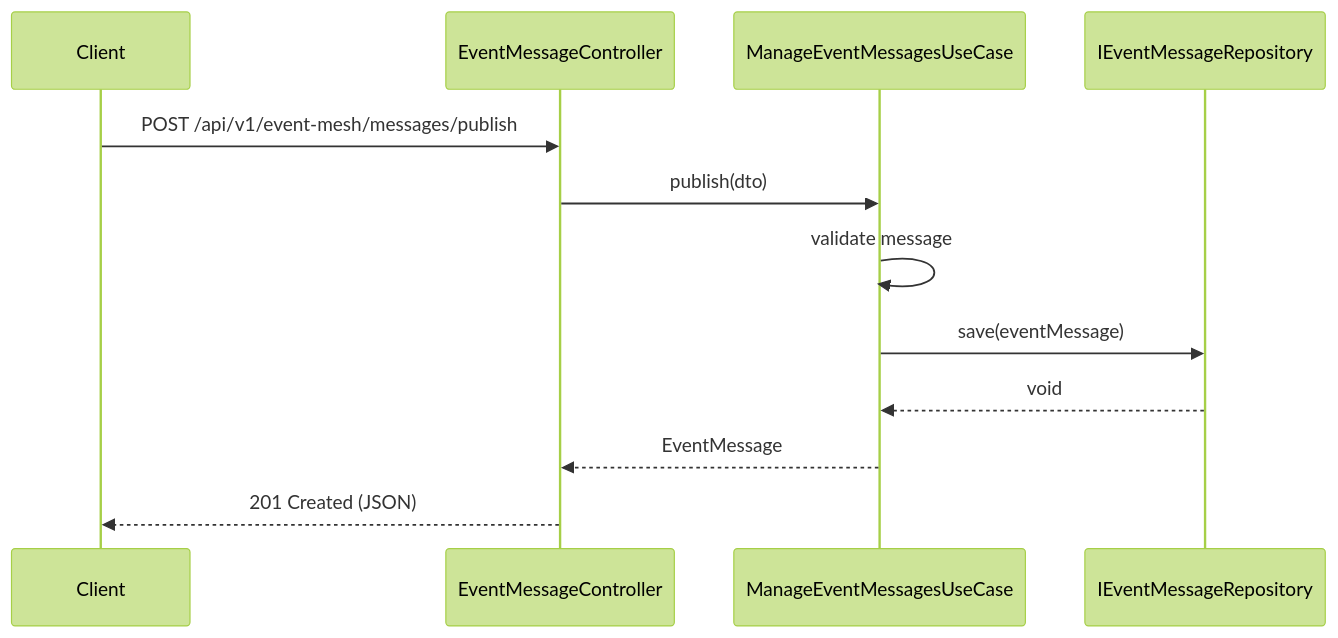
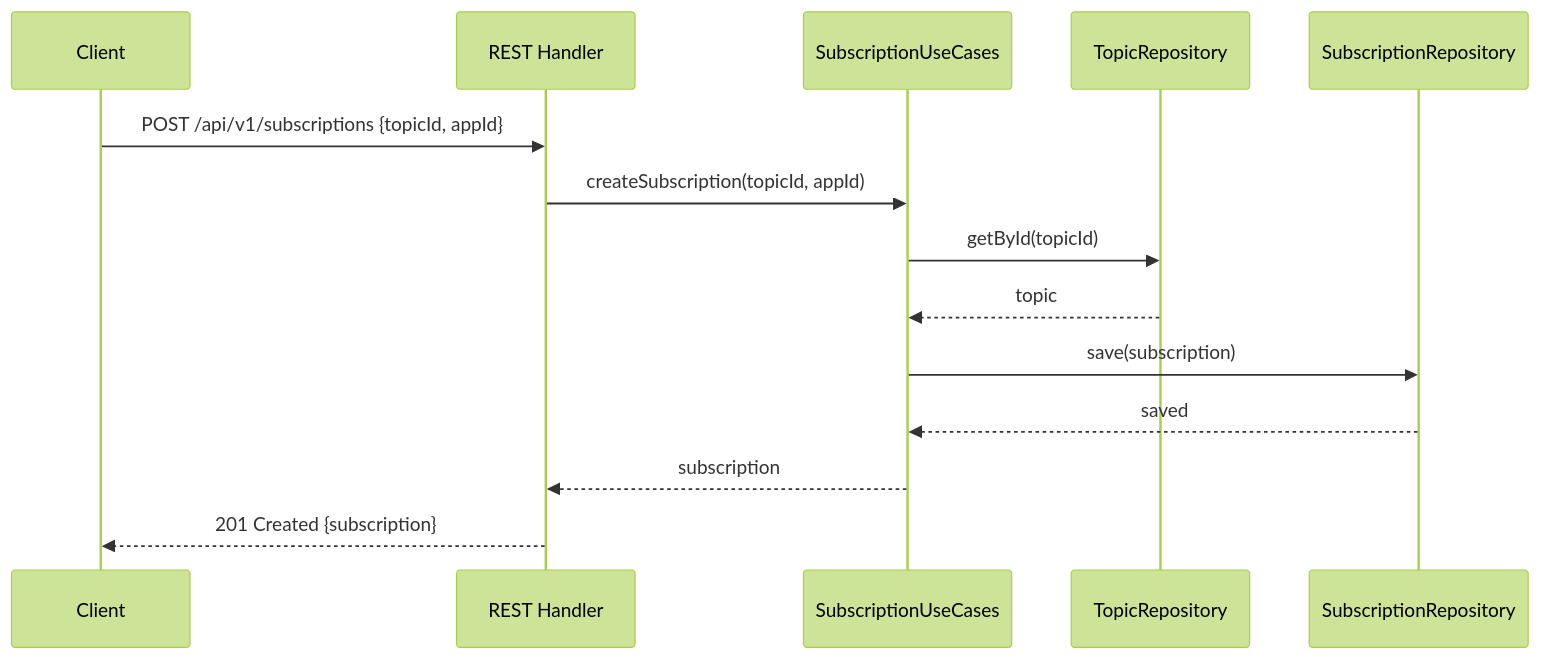
The third of 4 diagrams in advanced-events/UML.md (UIMSolutions/uim-platform), drawn with Mermaid (forest theme) before and after one commit. The commit also changed other lines of this file and 128 other files, not shown here.

Commit message:
Refactor UML documentation for Task Center and Transport services; streamline class diagrams, sequence diagrams, and component diagrams for clarity and consistency. Update NAFv4 architecture description to enhance structure and readability. Adjust container module imports for better organization.

````diff
--- a/advanced-events/UML.md
+++ b/advanced-events/UML.md
@@ -340,15 +113,17 @@
 ```mermaid
 sequenceDiagram
-    participant Client
-    participant Controller as EventMessageController
-    participant UseCase as ManageEventMessagesUseCase
-    participant Repo as IEventMessageRepository
+    participant C as Client
+    participant R as REST Handler
+    participant UC as SubscriptionUseCases
+    participant TR as TopicRepository
+    participant SR as SubscriptionRepository
 
-    Client->>Controller: POST /api/v1/event-mesh/messages/publish
-    Controller->>UseCase: publish(dto)
-    UseCase->>UseCase: validate message
-    UseCase->>Repo: save(eventMessage)
-    Repo-->>UseCase: void
-    UseCase-->>Controller: EventMessage
-    Controller-->>Client: 201 Created (JSON)
+    C->>R: POST /api/v1/subscriptions {topicId, appId}
+    R->>UC: createSubscription(topicId, appId)
+    UC->>TR: getById(topicId)
+    TR-->>UC: topic
+    UC->>SR: save(subscription)
+    SR-->>UC: saved
+    UC-->>R: subscription
+    R-->>C: 201 Created {subscription}
 ```
````
